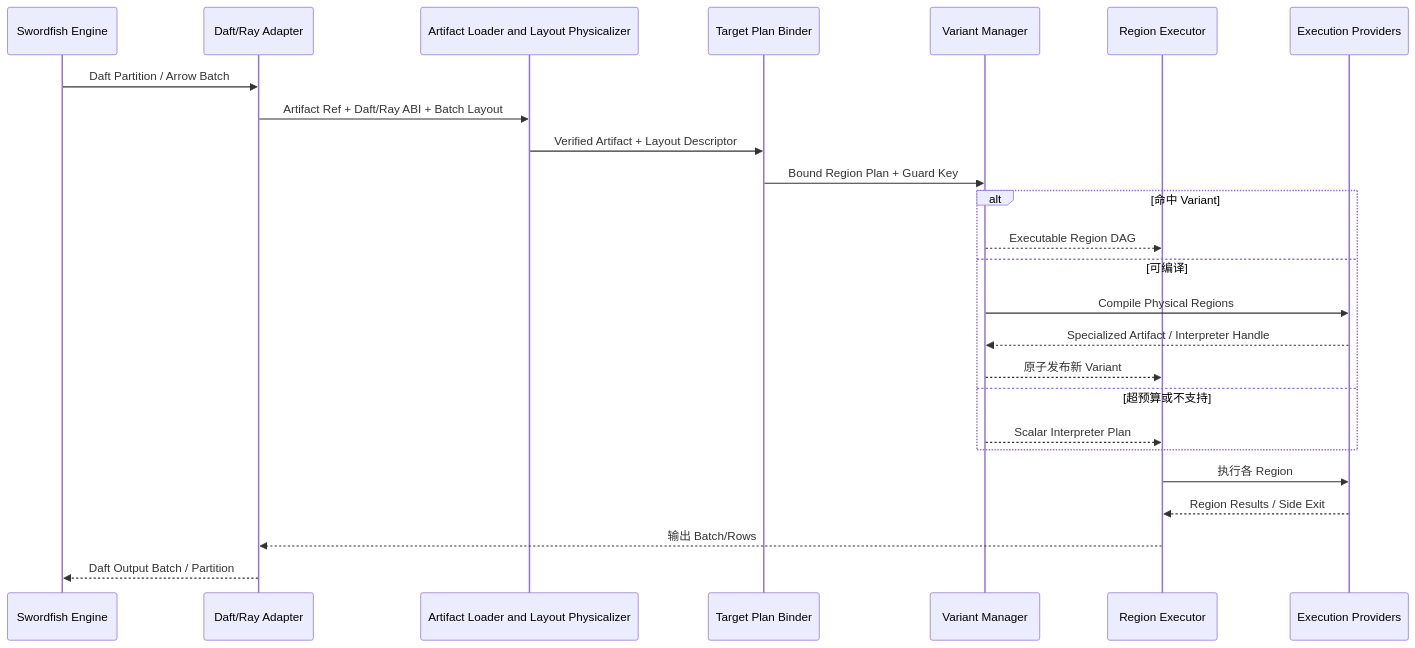
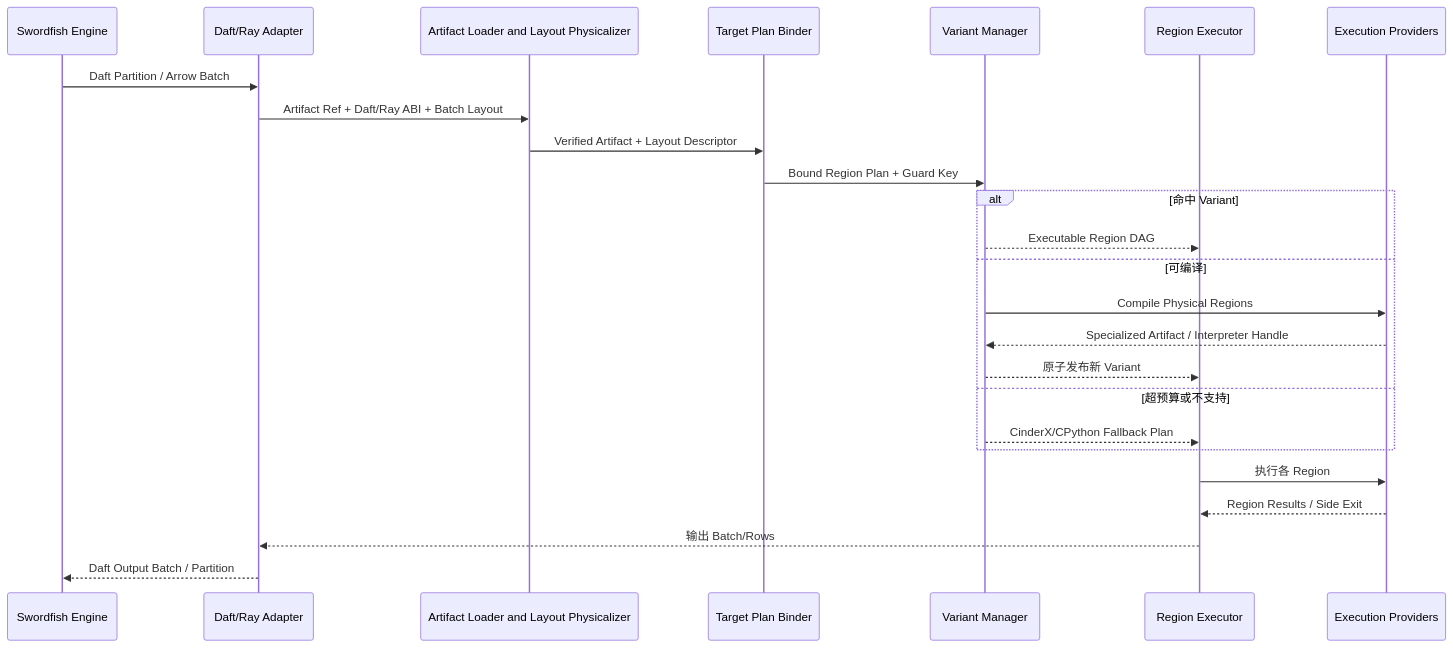
The eighth of 17 diagrams in docs/design/2026-07-13-python-udf-jit-architecture.md (213start/python-udf-jit), drawn with Mermaid before and after one commit. The commit also changed other lines of this file and 1 other file, not shown here.

First line of the commit message:
docs(architecture): define multi-provider ownership boundaries

````diff
--- a/docs/design/2026-07-13-python-udf-jit-architecture.md
+++ b/docs/design/2026-07-13-python-udf-jit-architecture.md
@@ -775,28 +784,28 @@
 ```mermaid
 sequenceDiagram
     participant F as Swordfish Engine
     participant A as Daft/Ray Adapter
     participant L as Artifact Loader and Layout Physicalizer
     participant R as Target Plan Binder
     participant V as Variant Manager
     participant E as Region Executor
     participant P as Execution Providers
 
     F->>A: Daft Partition / Arrow Batch
     A->>L: Artifact Ref + Daft/Ray ABI + Batch Layout
     L->>R: Verified Artifact + Layout Descriptor
     R->>V: Bound Region Plan + Guard Key
     alt 命中 Variant
         V-->>E: Executable Region DAG
     else 可编译
         V->>P: Compile Physical Regions
         P-->>V: Specialized Artifact / Interpreter Handle
         V-->>E: 原子发布新 Variant
     else 超预算或不支持
-        V-->>E: Scalar Interpreter Plan
+        V-->>E: CinderX/CPython Fallback Plan
     end
     E->>P: 执行各 Region
     P-->>E: Region Results / Side Exit
     E-->>A: 输出 Batch/Rows
     A-->>F: Daft Output Batch / Partition
 ```
````
